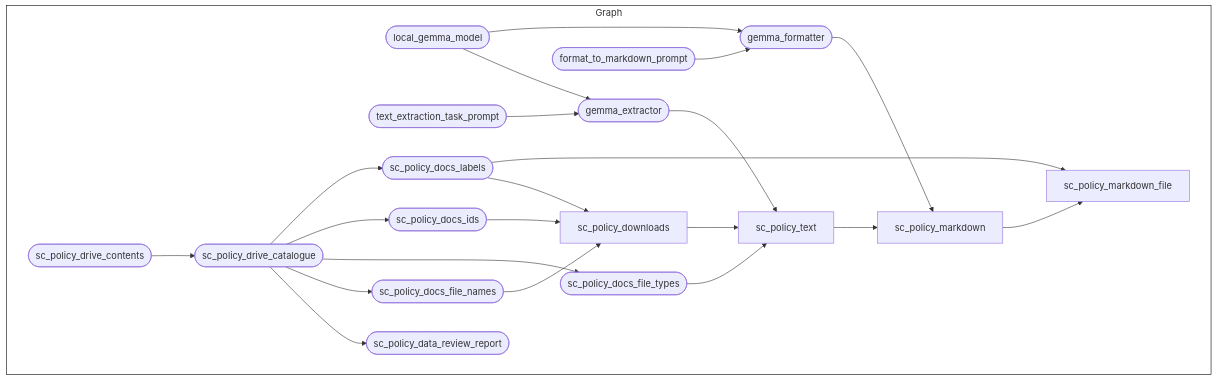
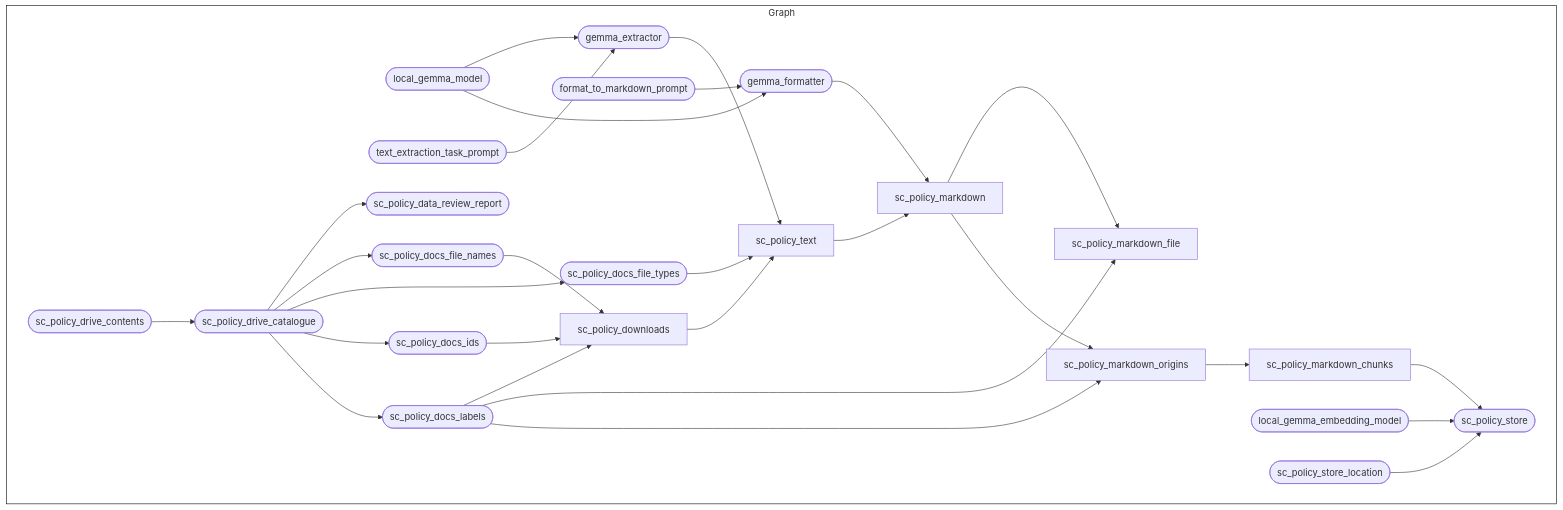
One commit to OxfordIHTM/seypol changed the diagram in README.md. Above: the diagram before and after it, drawn with Mermaid. The commit also changed other lines of this file and 145 other files, not shown here.

````diff
--- a/README.md
+++ b/README.md
@@ -208,28 +233,34 @@
 ``` mermaid
 graph LR
   style Graph fill:#FFFFFF00,stroke:#000000;
   subgraph Graph
     direction LR
     xba597cd142706396(["local_gemma_model"]):::uptodate --> xbdacf1efe57d11ba(["gemma_extractor"]):::outdated
     x1b466685f9e11517(["text_extraction_task_prompt"]):::outdated --> xbdacf1efe57d11ba(["gemma_extractor"]):::outdated
     x6390f6fe62a59357(["format_to_markdown_prompt"]):::outdated --> x27176b5902005e16(["gemma_formatter"]):::outdated
     xba597cd142706396(["local_gemma_model"]):::uptodate --> x27176b5902005e16(["gemma_formatter"]):::outdated
     xd2d008f1c464dae2(["sc_policy_drive_catalogue"]):::uptodate --> x0213d3acdfc48626(["sc_policy_data_review_report"]):::outdated
     xd2d008f1c464dae2(["sc_policy_drive_catalogue"]):::uptodate --> xa5e9820ec774cf1f(["sc_policy_docs_file_names"]):::uptodate
     xd2d008f1c464dae2(["sc_policy_drive_catalogue"]):::uptodate --> x8d9f0267e7819a0e(["sc_policy_docs_file_types"]):::uptodate
     xd2d008f1c464dae2(["sc_policy_drive_catalogue"]):::uptodate --> x8d87fc6cc54523e3(["sc_policy_docs_ids"]):::uptodate
     xd2d008f1c464dae2(["sc_policy_drive_catalogue"]):::uptodate --> x7ef01fbef9fccbbe(["sc_policy_docs_labels"]):::uptodate
     xa5e9820ec774cf1f(["sc_policy_docs_file_names"]):::uptodate --> x8572be3fb16caa03["sc_policy_downloads"]:::uptodate
     x7ef01fbef9fccbbe(["sc_policy_docs_labels"]):::uptodate --> x8572be3fb16caa03["sc_policy_downloads"]:::uptodate
     x8d87fc6cc54523e3(["sc_policy_docs_ids"]):::uptodate --> x8572be3fb16caa03["sc_policy_downloads"]:::uptodate
     x5e7ccb22ceeee8bc(["sc_policy_drive_contents"]):::uptodate --> xd2d008f1c464dae2(["sc_policy_drive_catalogue"]):::uptodate
-    x27176b5902005e16(["gemma_formatter"]):::outdated --> x044b00013eb39812["sc_policy_markdown"]:::dispatched
-    xcbe4f4b8121299bb["sc_policy_text"]:::outdated --> x044b00013eb39812["sc_policy_markdown"]:::dispatched
+    x27176b5902005e16(["gemma_formatter"]):::outdated --> x044b00013eb39812["sc_policy_markdown"]:::outdated
+    xcbe4f4b8121299bb["sc_policy_text"]:::outdated --> x044b00013eb39812["sc_policy_markdown"]:::outdated
+    x99d44d985d520465["sc_policy_markdown_origins"]:::outdated --> xf52ac7aa11e5031b["sc_policy_markdown_chunks"]:::outdated
+    x044b00013eb39812["sc_policy_markdown"]:::outdated --> xbd612e9dc82447c3["sc_policy_markdown_file"]:::outdated
     x7ef01fbef9fccbbe(["sc_policy_docs_labels"]):::uptodate --> xbd612e9dc82447c3["sc_policy_markdown_file"]:::outdated
-    x044b00013eb39812["sc_policy_markdown"]:::dispatched --> xbd612e9dc82447c3["sc_policy_markdown_file"]:::outdated
-    xbdacf1efe57d11ba(["gemma_extractor"]):::outdated --> xcbe4f4b8121299bb["sc_policy_text"]:::outdated
+    x7ef01fbef9fccbbe(["sc_policy_docs_labels"]):::uptodate --> x99d44d985d520465["sc_policy_markdown_origins"]:::outdated
+    x044b00013eb39812["sc_policy_markdown"]:::outdated --> x99d44d985d520465["sc_policy_markdown_origins"]:::outdated
+    x1a53107f15848636(["local_gemma_embedding_model"]):::uptodate --> x2995403581289a36(["sc_policy_store"]):::outdated
+    xf52ac7aa11e5031b["sc_policy_markdown_chunks"]:::outdated --> x2995403581289a36(["sc_policy_store"]):::outdated
+    x0506af458389a3f2(["sc_policy_store_location"]):::uptodate --> x2995403581289a36(["sc_policy_store"]):::outdated
     x8d9f0267e7819a0e(["sc_policy_docs_file_types"]):::uptodate --> xcbe4f4b8121299bb["sc_policy_text"]:::outdated
     x8572be3fb16caa03["sc_policy_downloads"]:::uptodate --> xcbe4f4b8121299bb["sc_policy_text"]:::outdated
+    xbdacf1efe57d11ba(["gemma_extractor"]):::outdated --> xcbe4f4b8121299bb["sc_policy_text"]:::outdated
     
   end
 ```
````
